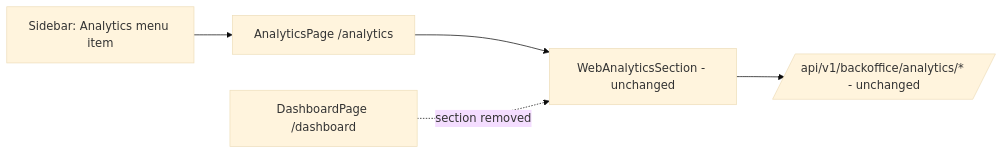
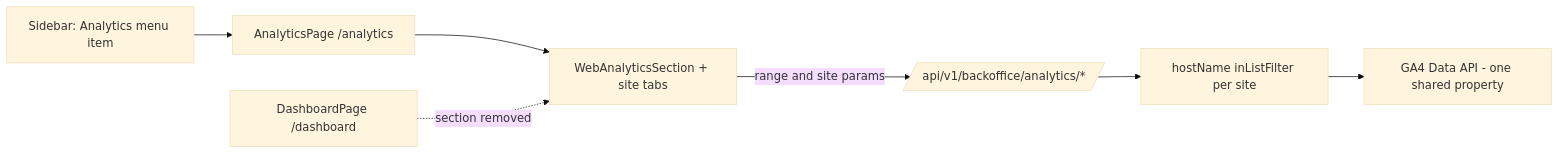
The diagram in docs/product/bo-analytics-menu/README.md (sathittham/factory-sync-solutions), drawn with Mermaid (base theme) before and after one commit. The commit also changed other lines of this file and 5 other files, not shown here.

Commit message:
docs(product): record site-tabs scope addition (FR-005/FR-006)

````diff
--- a/docs/product/bo-analytics-menu/README.md
+++ b/docs/product/bo-analytics-menu/README.md
@@ -39,7 +42,9 @@
 ```mermaid
 flowchart LR
   N[Sidebar: Analytics menu item] --> P[AnalyticsPage /analytics]
-  P --> W[WebAnalyticsSection - unchanged]
-  W --> A[/api/v1/backoffice/analytics/* - unchanged/]
+  P --> W[WebAnalyticsSection + site tabs]
+  W -->|range and site params| A[/api/v1/backoffice/analytics/*/]
+  A --> F[hostName inListFilter per site]
+  F --> G[GA4 Data API - one shared property]
   D[DashboardPage /dashboard] -.->|section removed| W
 ```
````
